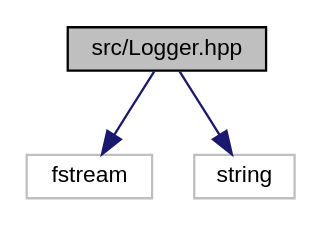
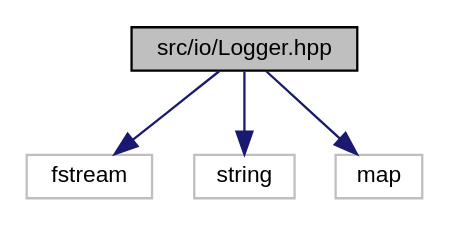
One commit to Wisteca/FilRougeDoc changed the diagram in _logger_8hpp__incl.dot. Above: the diagram before and after it, drawn with Graphviz. The commit also changed 194 other files, not shown here.

```diff
--- a/_logger_8hpp__incl.dot
+++ b/_logger_8hpp__incl.dot
@@ -1,11 +1,13 @@
-digraph "src/Logger.hpp"
+digraph "src/io/Logger.hpp"
 {
  // LATEX_PDF_SIZE
   edge [fontname="Helvetica",fontsize="10",labelfontname="Helvetica",labelfontsize="10"];
   node [fontname="Helvetica",fontsize="10",shape=record];
-  Node1 [label="src/Logger.hpp",height=0.2,width=0.4,color="black", fillcolor="grey75", style="filled", fontcolor="black",tooltip="Singleton that manages logs, their severity and files."];
+  Node1 [label="src/io/Logger.hpp",height=0.2,width=0.4,color="black", fillcolor="grey75", style="filled", fontcolor="black",tooltip="Singleton that manages logs, their severity and files."];
   Node1 -> Node2 [color="midnightblue",fontsize="10",style="solid",fontname="Helvetica"];
   Node2 [label="fstream",height=0.2,width=0.4,color="grey75", fillcolor="white", style="filled",tooltip=" "];
   Node1 -> Node3 [color="midnightblue",fontsize="10",style="solid",fontname="Helvetica"];
   Node3 [label="string",height=0.2,width=0.4,color="grey75", fillcolor="white", style="filled",tooltip=" "];
+  Node1 -> Node4 [color="midnightblue",fontsize="10",style="solid",fontname="Helvetica"];
+  Node4 [label="map",height=0.2,width=0.4,color="grey75", fillcolor="white", style="filled",tooltip=" "];
 }
```
